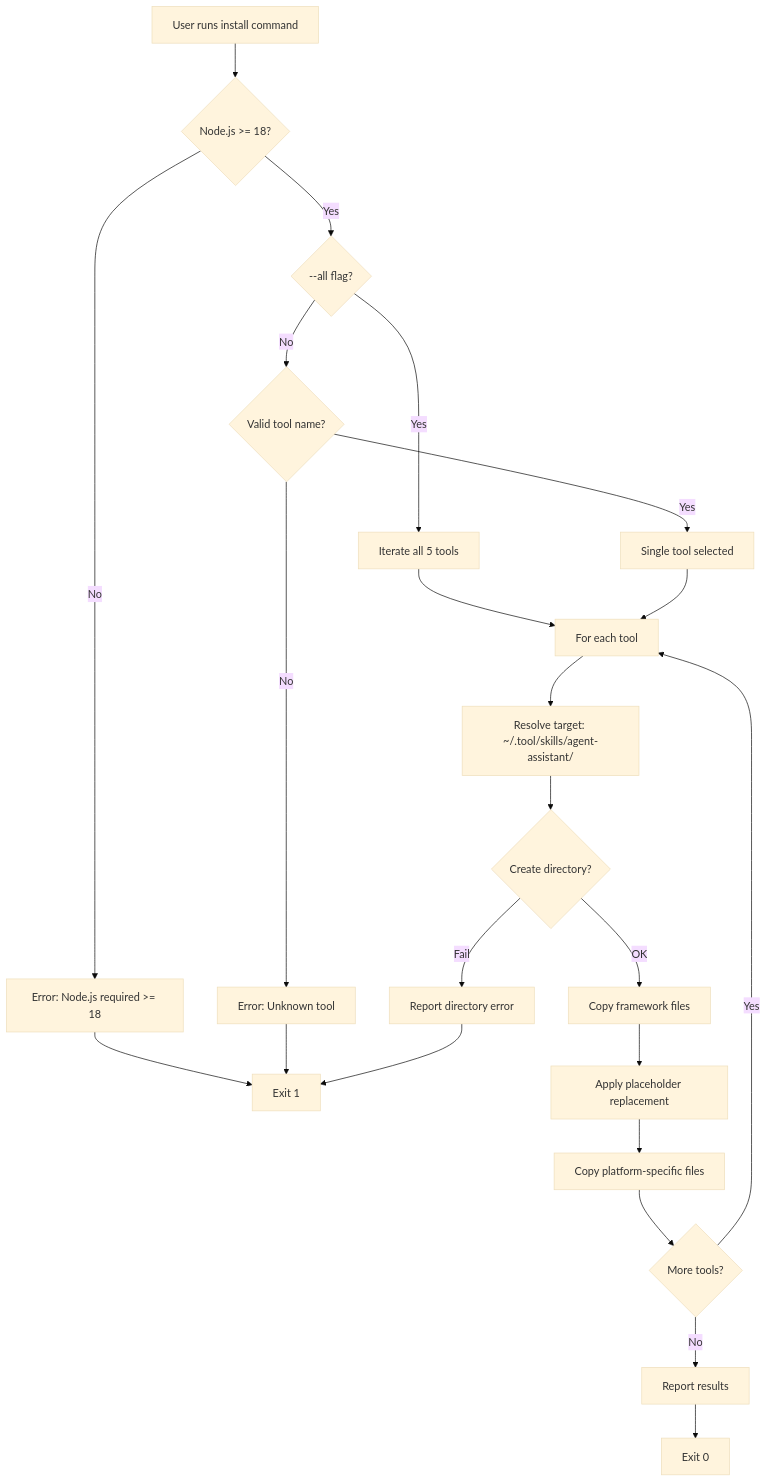
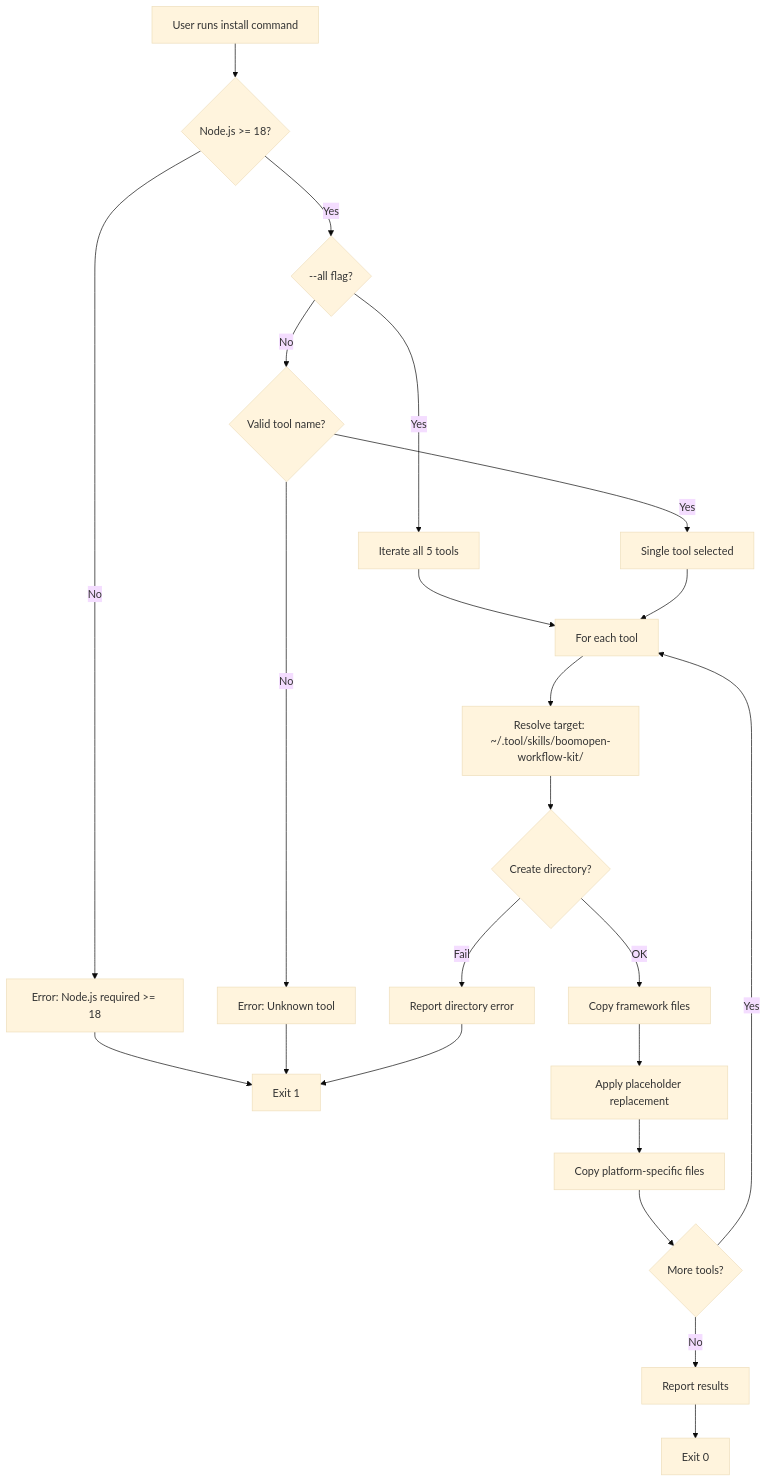
Before and after one commit to Kennyboom/BoomOpen-Workflow-Kit: the first of 12 diagrams in documents/business/business-workflows/03-detailed-workflows.md, drawn with Mermaid (base theme). The commit also changed other lines of this file and 371 other files, not shown here.

Commit message:
Refactor: Convert workflow architecture to reference-based system to enforce 12K character limit. Fixed phase completeness and deliverables.

````diff
--- a/documents/business/business-workflows/03-detailed-workflows.md
+++ b/documents/business/business-workflows/03-detailed-workflows.md
@@ -41,25 +41,25 @@
 ```mermaid
 flowchart TD
     A[User runs install command] --> B{Node.js >= 18?}
     B -->|No| B1[Error: Node.js required >= 18]
     B1 --> Z1[Exit 1]
     B -->|Yes| C{--all flag?}
     C -->|Yes| D[Iterate all 5 tools]
     C -->|No| E{Valid tool name?}
     E -->|No| E1[Error: Unknown tool]
     E1 --> Z1
     E -->|Yes| F[Single tool selected]
     D --> G[For each tool]
     F --> G
-    G --> H[Resolve target: ~/.tool/skills/agent-assistant/]
+    G --> H[Resolve target: ~/.tool/skills/boomopen-workflow-kit/]
     H --> I{Create directory?}
     I -->|Fail| I1[Report directory error]
     I1 --> Z1
     I -->|OK| J[Copy framework files]
     J --> K[Apply placeholder replacement]
     K --> L[Copy platform-specific files]
     L --> M{More tools?}
     M -->|Yes| G
     M -->|No| N[Report results]
     N --> Z0[Exit 0]
 ```
````
